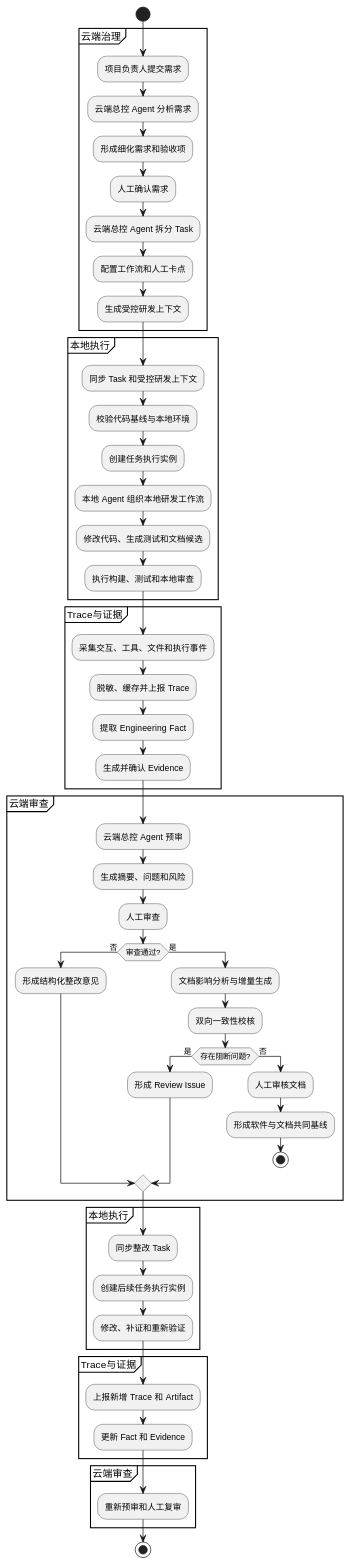
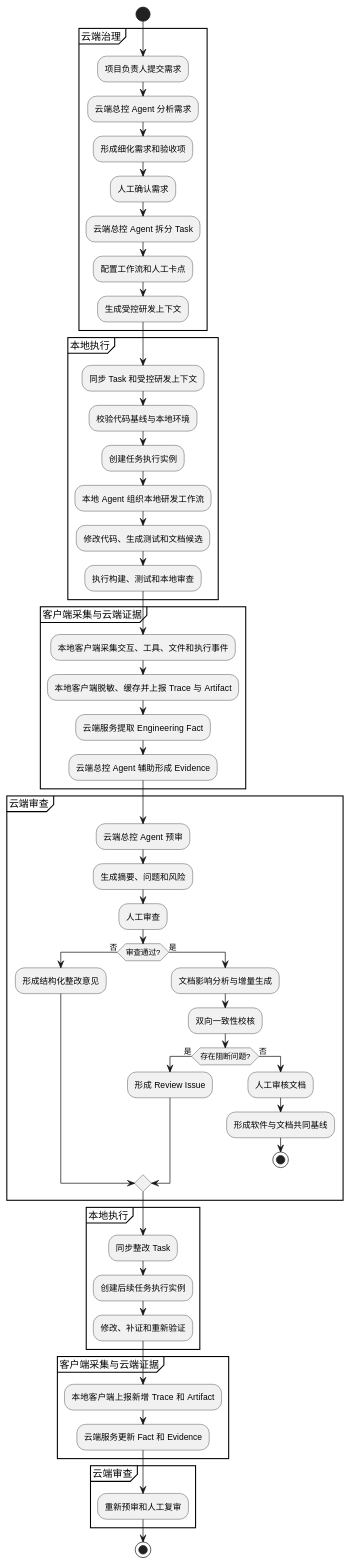
Before and after one commit to edwinyao121/ai-rjgc: the second of 7 diagrams in 云端治理与本地智能研发协同平台_UseCase与UML.md, drawn with PlantUML. The commit also changed other lines of this file, not shown here.

Commit message:
docs: clarify client telemetry and cloud agent boundary

````diff
--- a/云端治理与本地智能研发协同平台_UseCase与UML.md
+++ b/云端治理与本地智能研发协同平台_UseCase与UML.md
@@ -598,67 +597,67 @@
 ```plantuml
 @startuml
 start
 
 partition 云端治理 {
   :项目负责人提交需求;
   :云端总控 Agent 分析需求;
   :形成细化需求和验收项;
   :人工确认需求;
   :云端总控 Agent 拆分 Task;
   :配置工作流和人工卡点;
   :生成受控研发上下文;
 }
 
 partition 本地执行 {
   :同步 Task 和受控研发上下文;
   :校验代码基线与本地环境;
   :创建任务执行实例;
   :本地 Agent 组织本地研发工作流;
   :修改代码、生成测试和文档候选;
   :执行构建、测试和本地审查;
 }
 
-partition Trace与证据 {
-  :采集交互、工具、文件和执行事件;
-  :脱敏、缓存并上报 Trace;
-  :提取 Engineering Fact;
-  :生成并确认 Evidence;
+partition 客户端采集与云端证据 {
+  :本地客户端采集交互、工具、文件和执行事件;
+  :本地客户端脱敏、缓存并上报 Trace 与 Artifact;
+  :云端服务提取 Engineering Fact;
+  :云端总控 Agent 辅助形成 Evidence;
 }
 
 partition 云端审查 {
   :云端总控 Agent 预审;
   :生成摘要、问题和风险;
   :人工审查;
   if (审查通过?) then (否)
     :形成结构化整改意见;
   else (是)
     :文档影响分析与增量生成;
     :双向一致性校核;
     if (存在阻断问题?) then (是)
       :形成 Review Issue;
     else (否)
       :人工审核文档;
       :形成软件与文档共同基线;
       stop
     endif
   endif
 }
 
 partition 本地执行 {
   :同步整改 Task;
   :创建后续任务执行实例;
   :修改、补证和重新验证;
 }
 
-partition Trace与证据 {
-  :上报新增 Trace 和 Artifact;
-  :更新 Fact 和 Evidence;
+partition 客户端采集与云端证据 {
+  :本地客户端上报新增 Trace 和 Artifact;
+  :云端服务更新 Fact 和 Evidence;
 }
 
 partition 云端审查 {
   :重新预审和人工复审;
 }
 
 stop
 @enduml
 ```
````
